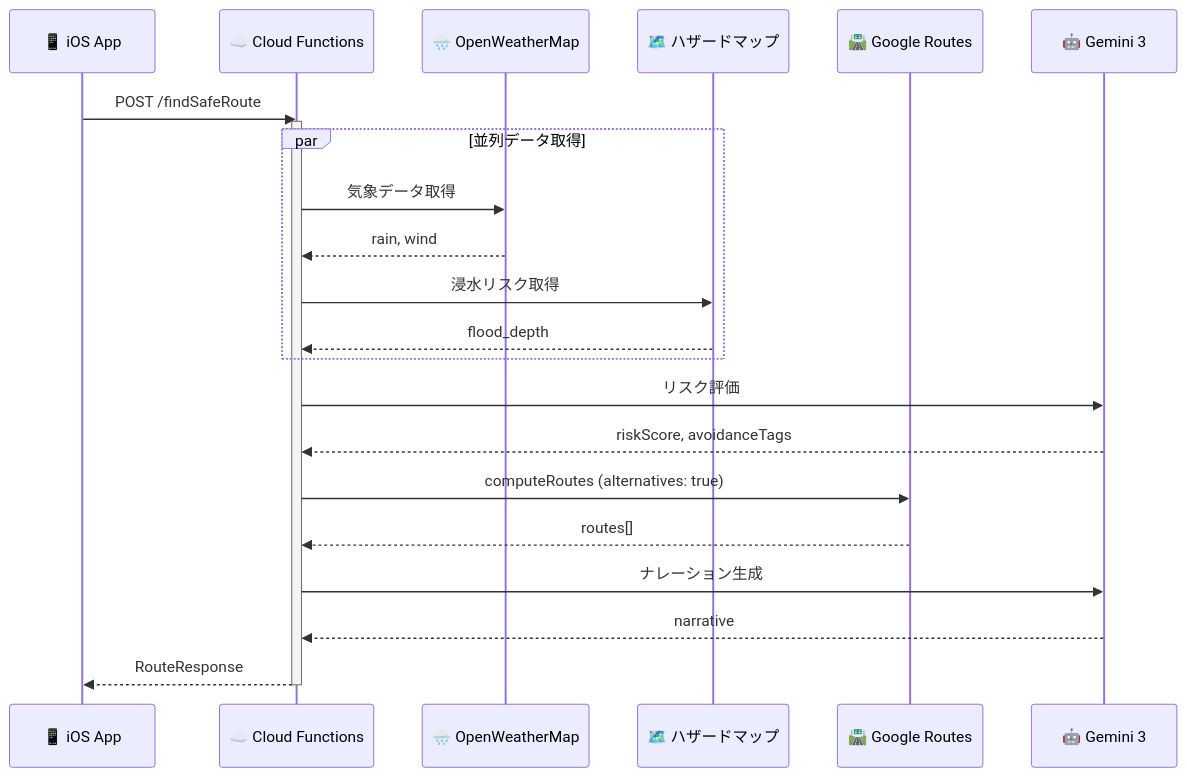
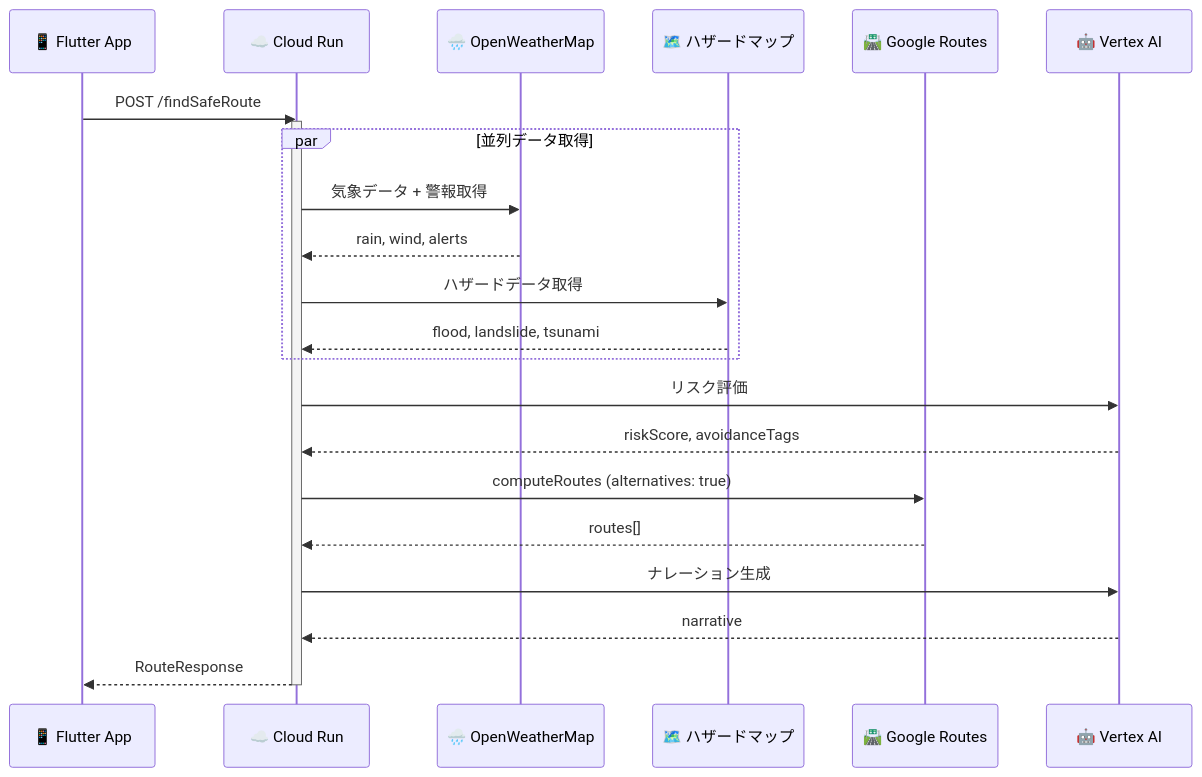
The diagram in Docs/確定/diagrams/10_API呼び出しシーケンス.md (Ryg-appdev/safe-routing-ai-navigation), drawn with Mermaid before and after one commit. The commit also changed 12 other files, not shown here.

Commit message:
docs: 全ドキュメントの整合性を修正（Flutter/Vertex AI/ADK統一）

````diff
--- a/Docs/確定/diagrams/10_API呼び出しシーケンス.md
+++ b/Docs/確定/diagrams/10_API呼び出しシーケンス.md
@@ -3,31 +3,31 @@
 ```mermaid
 sequenceDiagram
-    participant iOS as 📱 iOS App
-    participant CF as ☁️ Cloud Functions
+    participant App as 📱 Flutter App
+    participant CR as ☁️ Cloud Run
     participant W as 🌧️ OpenWeatherMap
     participant H as 🗺️ ハザードマップ
     participant R as 🛣️ Google Routes
-    participant G3 as 🤖 Gemini 3
+    participant G3 as 🤖 Vertex AI
 
-    iOS->>CF: POST /findSafeRoute
-    activate CF
+    App->>CR: POST /findSafeRoute
+    activate CR
     
     par 並列データ取得
-        CF->>W: 気象データ取得
-        W-->>CF: rain, wind
-        CF->>H: 浸水リスク取得
-        H-->>CF: flood_depth
+        CR->>W: 気象データ + 警報取得
+        W-->>CR: rain, wind, alerts
+        CR->>H: ハザードデータ取得
+        H-->>CR: flood, landslide, tsunami
     end
     
-    CF->>G3: リスク評価
-    G3-->>CF: riskScore, avoidanceTags
+    CR->>G3: リスク評価
+    G3-->>CR: riskScore, avoidanceTags
     
-    CF->>R: computeRoutes (alternatives: true)
-    R-->>CF: routes[]
+    CR->>R: computeRoutes (alternatives: true)
+    R-->>CR: routes[]
     
-    CF->>G3: ナレーション生成
-    G3-->>CF: narrative
+    CR->>G3: ナレーション生成
+    G3-->>CR: narrative
     
-    CF-->>iOS: RouteResponse
-    deactivate CF
+    CR-->>App: RouteResponse
+    deactivate CR
 ```
````
